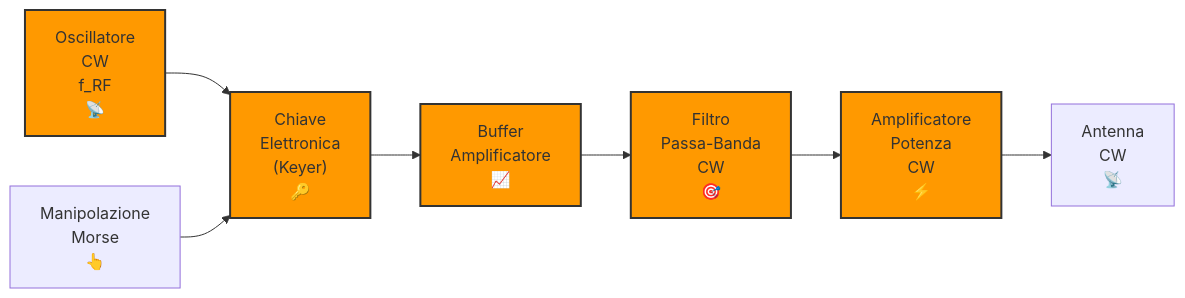
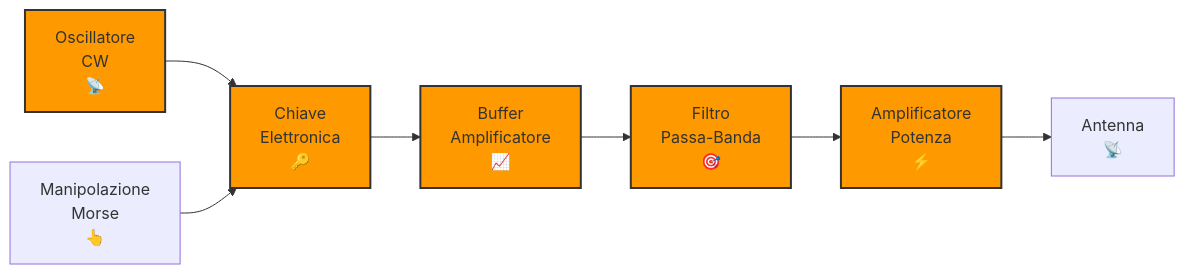
One commit to EliaTolin/esame-radioamatori changed the second of 4 diagrams in 05_Trasmettitori/5.2_Schemi_a_blocchi.md. Above: the diagram before and after it, drawn with Mermaid. The commit also changed other lines of this file and 1 other file, not shown here.

First line of the commit message:
Improve block diagrams: clean labels and add detailed descriptions

````diff
--- a/05_Trasmettitori/5.2_Schemi_a_blocchi.md
+++ b/05_Trasmettitori/5.2_Schemi_a_blocchi.md
@@ -38,11 +38,11 @@
 ```mermaid
 graph LR;
-    OscillatoreCW["Oscillatore<br>CW<br>f_RF<br>📡"] --> ChiaveElettronica["Chiave<br>Elettronica<br>(Keyer)<br>🔑"];
+    OscillatoreCW["Oscillatore<br>CW<br>📡"] --> ChiaveElettronica["Chiave<br>Elettronica<br>🔑"];
     Manipolazione["Manipolazione<br>Morse<br>👆"] --> ChiaveElettronica;
     ChiaveElettronica --> Buffer["Buffer<br>Amplificatore<br>📈"];
-    Buffer --> FiltroCW["Filtro<br>Passa-Banda<br>CW<br>🎯"];
-    FiltroCW --> AmplificatorePotenzaCW["Amplificatore<br>Potenza<br>CW<br>⚡"];
-    AmplificatorePotenzaCW --> AntennaCW["Antenna<br>CW<br>📡"];
+    Buffer --> FiltroCW["Filtro<br>Passa-Banda<br>🎯"];
+    FiltroCW --> AmplificatorePotenzaCW["Amplificatore<br>Potenza<br>⚡"];
+    AmplificatorePotenzaCW --> AntennaCW["Antenna<br>📡"];
     classDef cw fill:#f90,stroke:#333,stroke-width:2px;
     class OscillatoreCW,ChiaveElettronica,Buffer,FiltroCW,AmplificatorePotenzaCW cw;
 ```
````
